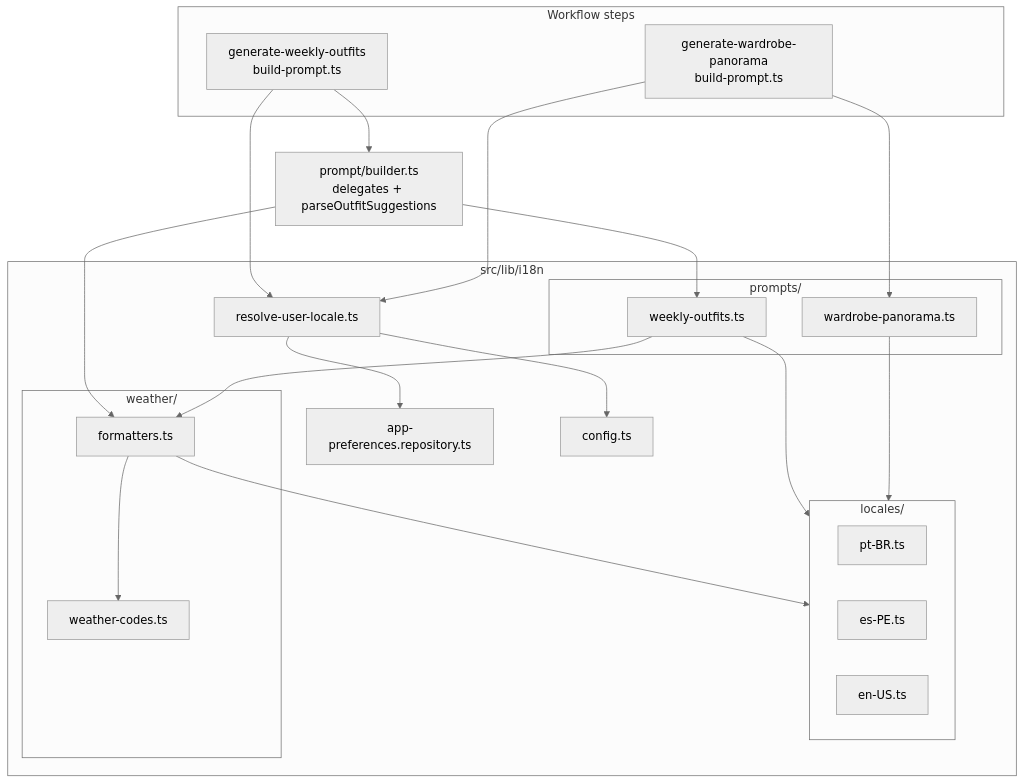
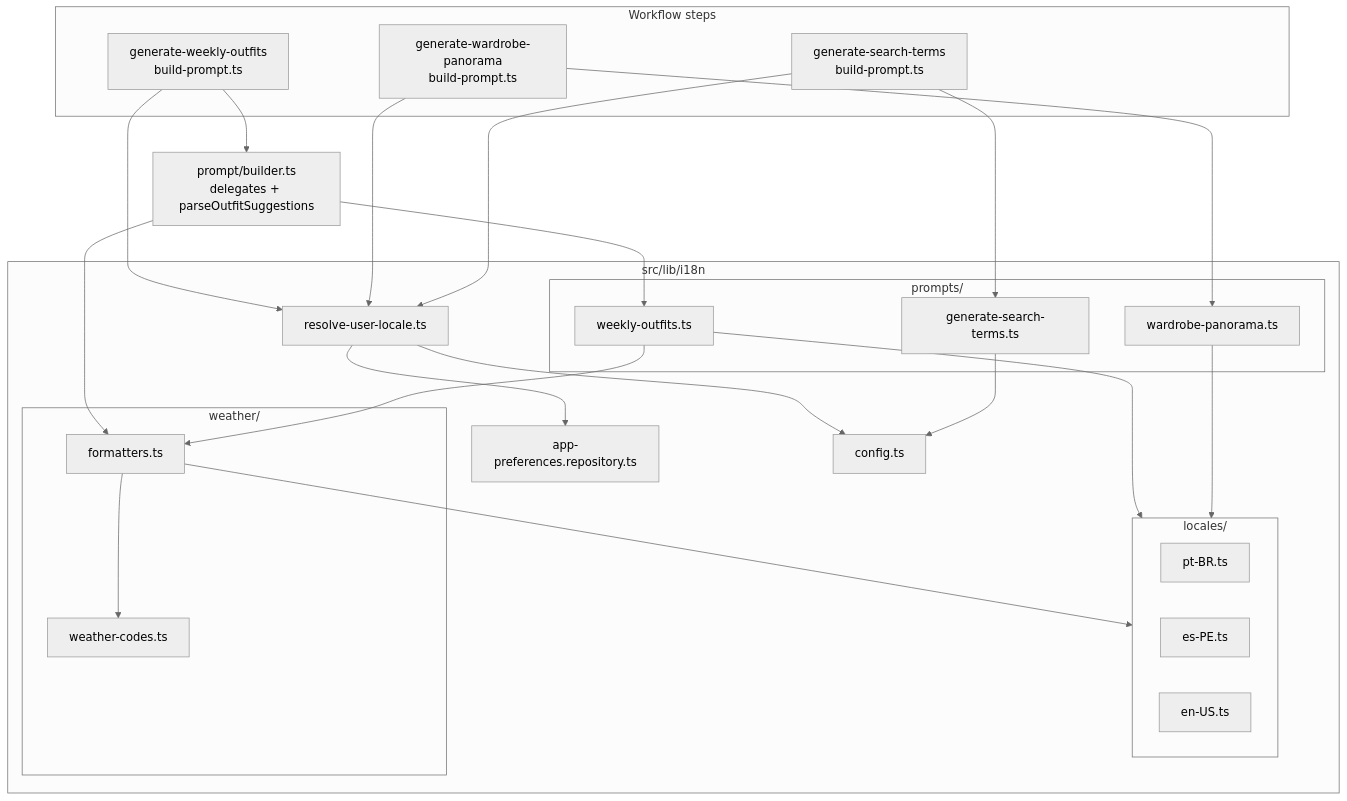
One commit to emmanuelviniciusdev/SkyDIIV--backstage changed the third of 6 diagrams in apps/worker-ai-workflows/docs/I18N.md. Above: the diagram before and after it, drawn with Mermaid (neutral theme). The commit also changed other lines of this file and 7 other files, not shown here.

Commit message:
fix(worker-ai-workflows): generate search terms in a marketplace language when user locale is unsupported

````diff
--- a/apps/worker-ai-workflows/docs/I18N.md
+++ b/apps/worker-ai-workflows/docs/I18N.md
@@ -74,45 +74,50 @@
 ```mermaid
 flowchart TB
     subgraph entry["Workflow steps"]
         WBP["generate-weekly-outfits<br/>build-prompt.ts"]
         PBP["generate-wardrobe-panorama<br/>build-prompt.ts"]
+        SBP["generate-search-terms<br/>build-prompt.ts"]
     end
 
     subgraph i18n["src/lib/i18n"]
         RESOLVE["resolve-user-locale.ts"]
         REPO["app-preferences.repository.ts"]
         CONFIG["config.ts"]
 
         subgraph locales["locales/"]
             PT["pt-BR.ts"]
             ES["es-PE.ts"]
             EN["en-US.ts"]
         end
 
         subgraph prompts["prompts/"]
             WEEKLY["weekly-outfits.ts"]
             PANORAMA["wardrobe-panorama.ts"]
+            SEARCH["generate-search-terms.ts"]
         end
 
         subgraph weather["weather/"]
             CODES["weather-codes.ts"]
             FMT["formatters.ts"]
         end
     end
 
     LEGACY["prompt/builder.ts<br/>delegates + parseOutfitSuggestions"]
 
     WBP --> RESOLVE
     PBP --> RESOLVE
+    SBP --> RESOLVE
     RESOLVE --> REPO
     RESOLVE --> CONFIG
     WBP --> LEGACY
     LEGACY --> WEEKLY
     LEGACY --> FMT
     PBP --> PANORAMA
+    SBP --> SEARCH
     WEEKLY --> locales
     WEEKLY --> FMT
     PANORAMA --> locales
+    SEARCH --> CONFIG
     FMT --> locales
     FMT --> CODES
 ```
````
